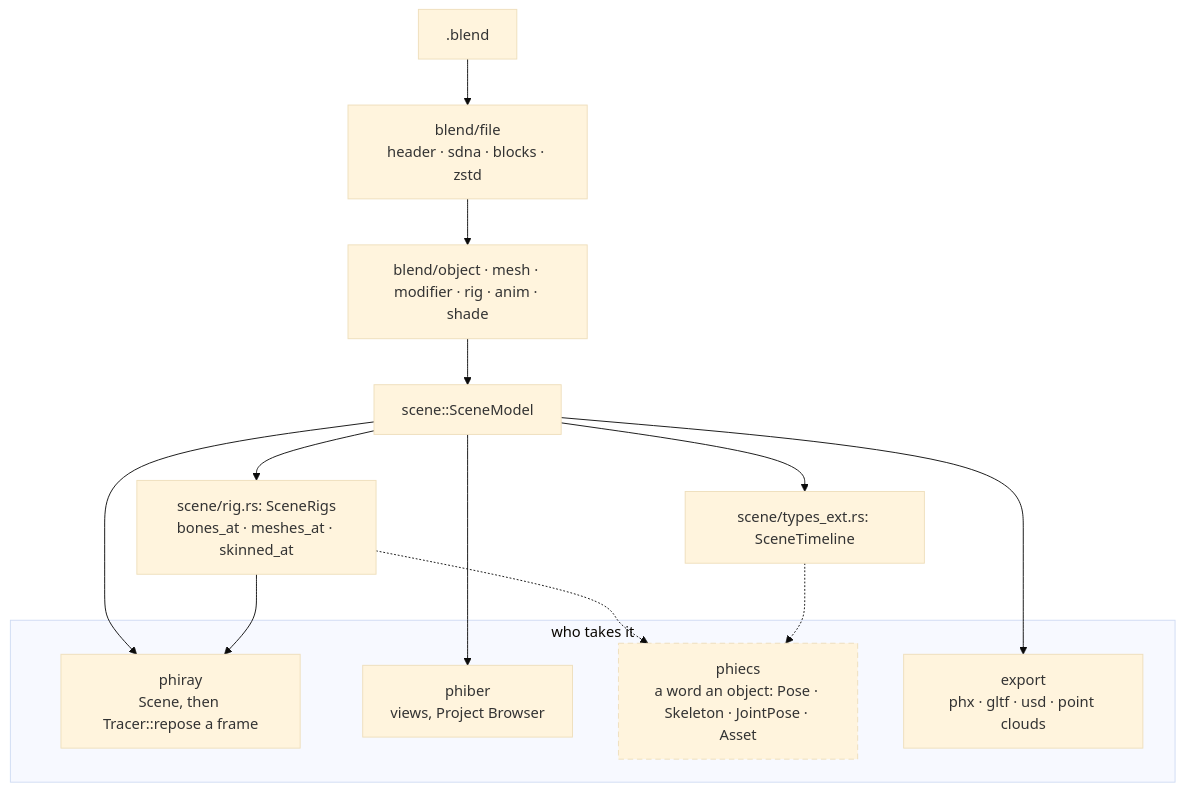
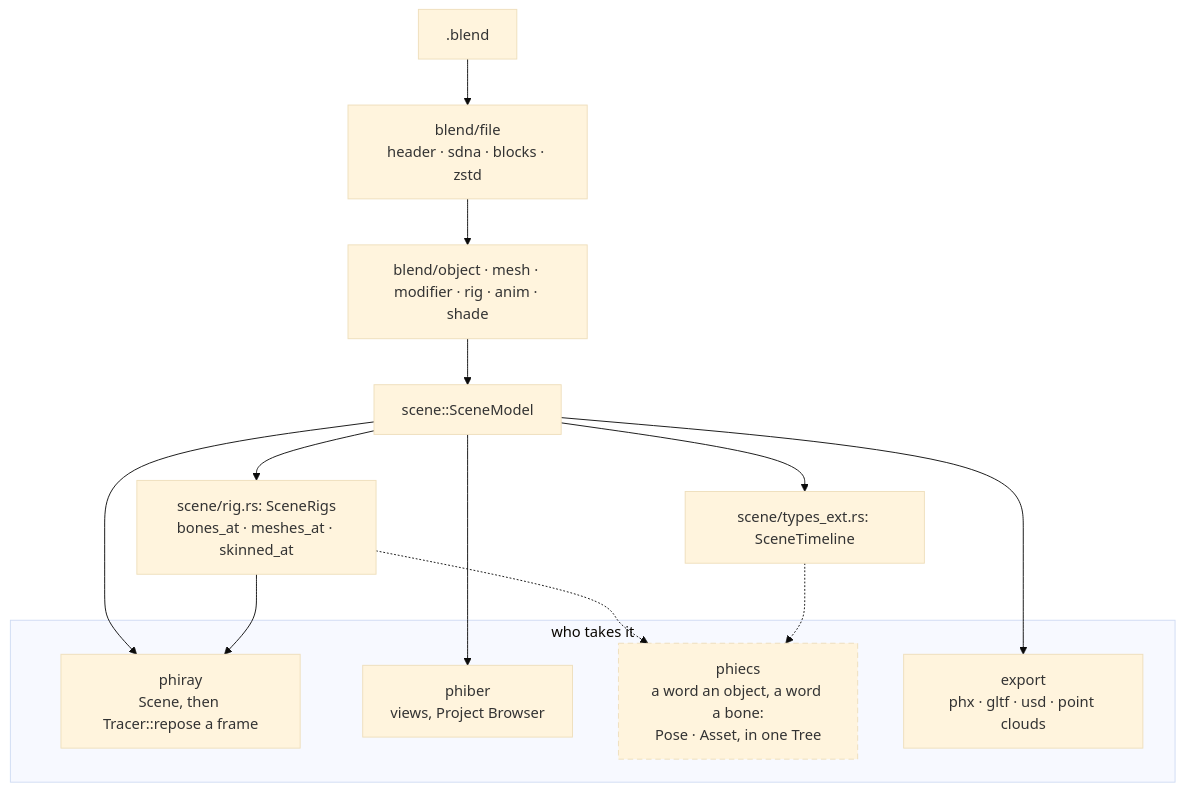
One commit to gemphi/phikit changed the second of 2 diagrams in crates/phiphx/ARCHITECTURE.md. Above: the diagram before and after it, drawn with Mermaid (base theme). The commit also changed other lines of this file and 21 other files, not shown here.

````diff
--- a/crates/phiphx/ARCHITECTURE.md
+++ b/crates/phiphx/ARCHITECTURE.md
@@ -67,26 +70,26 @@
 ```mermaid
 graph TB
     f_file[".blend"]
     f_parse["blend/file<br/>header · sdna · blocks · zstd"]
     f_read["blend/object · mesh · modifier · rig · anim · shade"]
     f_model["scene::SceneModel"]
     f_rigs["scene/rig.rs: SceneRigs<br/>bones_at · meshes_at · skinned_at"]
     f_time["scene/types_ext.rs: SceneTimeline"]
     subgraph out["who takes it"]
         o_ray["phiray<br/>Scene, then Tracer::repose a frame"]
         o_ber["phiber<br/>views, Project Browser"]
-        o_ecs["phiecs<br/>a word an object: Pose · Skeleton · JointPose · Asset"]
+        o_ecs["phiecs<br/>a word an object, a word a bone:<br/>Pose · Asset, in one Tree"]
         o_files["export<br/>phx · gltf · usd · point clouds"]
     end
     f_file --> f_parse --> f_read --> f_model
     f_model --> f_rigs
     f_model --> f_time
     f_model --> o_ray
     f_rigs --> o_ray
     f_model --> o_ber
     f_model --> o_files
     f_rigs -.-> o_ecs
     f_time -.-> o_ecs
     classDef plan stroke-dasharray: 6 4;
     class o_ecs plan;
 ```
````
